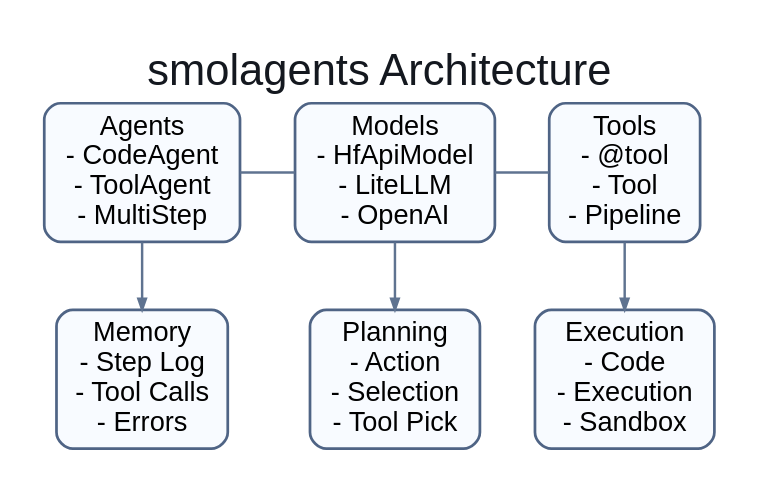
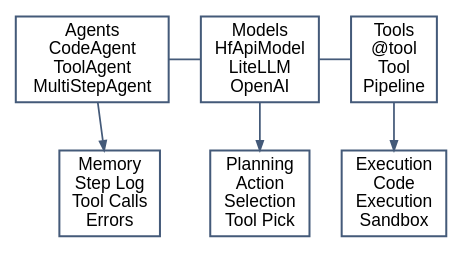
The diagram in assets/diagram_smolagents_arch.dot (quiznat/tot-hf-survey-artifacts), drawn with Graphviz before and after one commit. The commit also changed 16 other files, not shown here.

Commit message:
Refine manuscript diagrams with publication-style Graphviz assets

```diff
--- a/assets/diagram_smolagents_arch.dot
+++ b/assets/diagram_smolagents_arch.dot
@@ -1,21 +1,26 @@
 digraph G {
-  graph [bgcolor="#ffffff", pad="0.35", nodesep="0.55", ranksep="0.70", splines="polyline", fontname="Helvetica", fontcolor="#14181f", labelloc="t", margin="0.15", rankdir="TB", label="smolagents Architecture", fontsize="32"];
-  node [shape="box", style="rounded,filled", fillcolor="#f8fbff", color="#4f6485", penwidth="2.0", fontname="Helvetica", fontsize="20", margin="0.14,0.10"];
-  edge [color="#5f7390", penwidth="1.8", arrowsize="0.8", fontname="Helvetica", fontsize="15", labeldistance="1.4"];
+  graph [bgcolor="#ffffff", pad="0.06", nodesep="0.34", ranksep="0.50", splines="polyline", fontname="Helvetica", fontcolor="#162130", margin="0.02", rankdir="TB"];
+  node [shape="box", style="filled", fillcolor="#ffffff", color="#445a79", penwidth="1.5", fontname="Helvetica", fontsize="13", margin="0.08,0.06"];
+  edge [color="#445a79", penwidth="1.3", arrowsize="0.70", fontname="Helvetica", fontsize="11", fontcolor="#162130"];
 
-  agents [label="Agents\n- CodeAgent\n- ToolAgent\n- MultiStep"];
-  models [label="Models\n- HfApiModel\n- LiteLLM\n- OpenAI"];
-  tools [label="Tools\n- @tool\n- Tool\n- Pipeline"];
-  memory [label="Memory\n- Step Log\n- Tool Calls\n- Errors"];
-  planning [label="Planning\n- Action\n- Selection\n- Tool Pick"];
-  execution [label="Execution\n- Code\n- Execution\n- Sandbox"];
+  agents [label="Agents\nCodeAgent\nToolAgent\nMultiStepAgent"];
+  models [label="Models\nHfApiModel\nLiteLLM\nOpenAI"];
+  tools [label="Tools\n@tool\nTool\nPipeline"];
+
+  memory [label="Memory\nStep Log\nTool Calls\nErrors"];
+  planning [label="Planning\nAction\nSelection\nTool Pick"];
+  execution [label="Execution\nCode\nExecution\nSandbox"];
 
   { rank=same; agents; models; tools }
   { rank=same; memory; planning; execution }
 
-  agents -> models [dir=none];
-  models -> tools [dir=none];
+  agents -> models [dir=none, arrowhead=none, arrowtail=none];
+  models -> tools [dir=none, arrowhead=none, arrowtail=none];
+
   agents -> memory;
   models -> planning;
   tools -> execution;
+
+  memory -> planning [style=invis];
+  planning -> execution [style=invis];
 }
```
